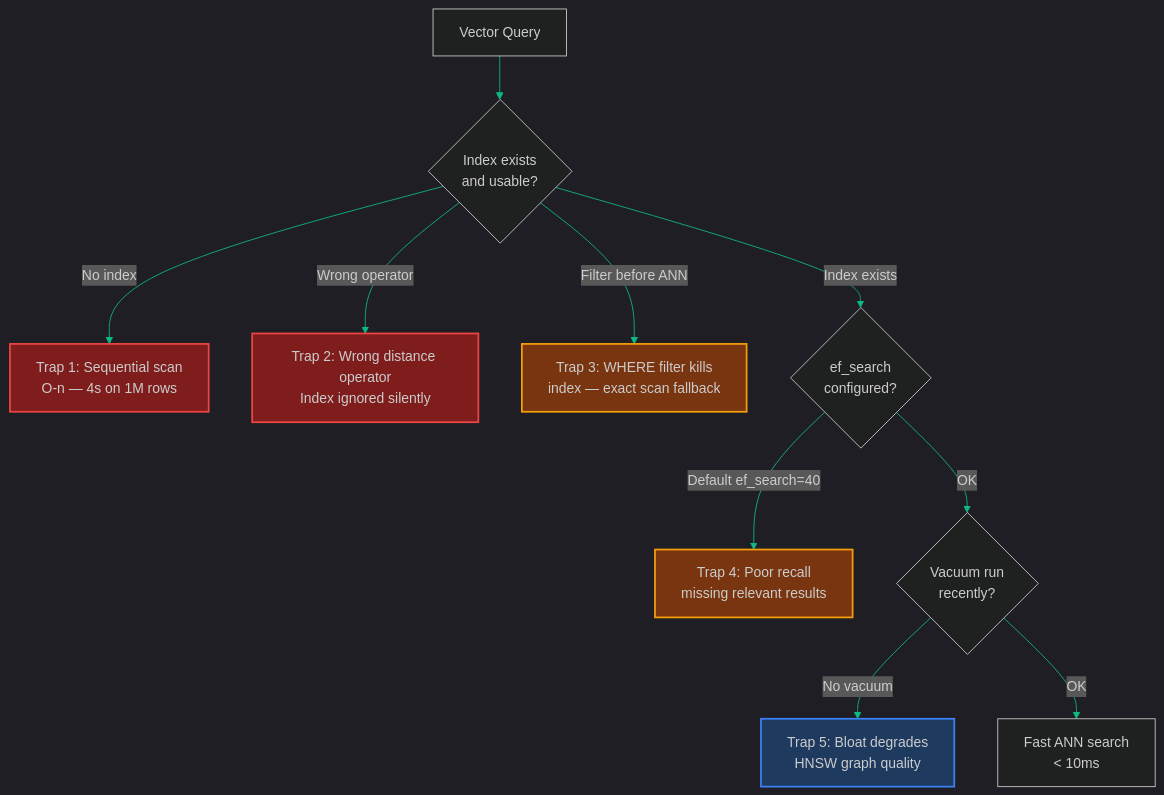
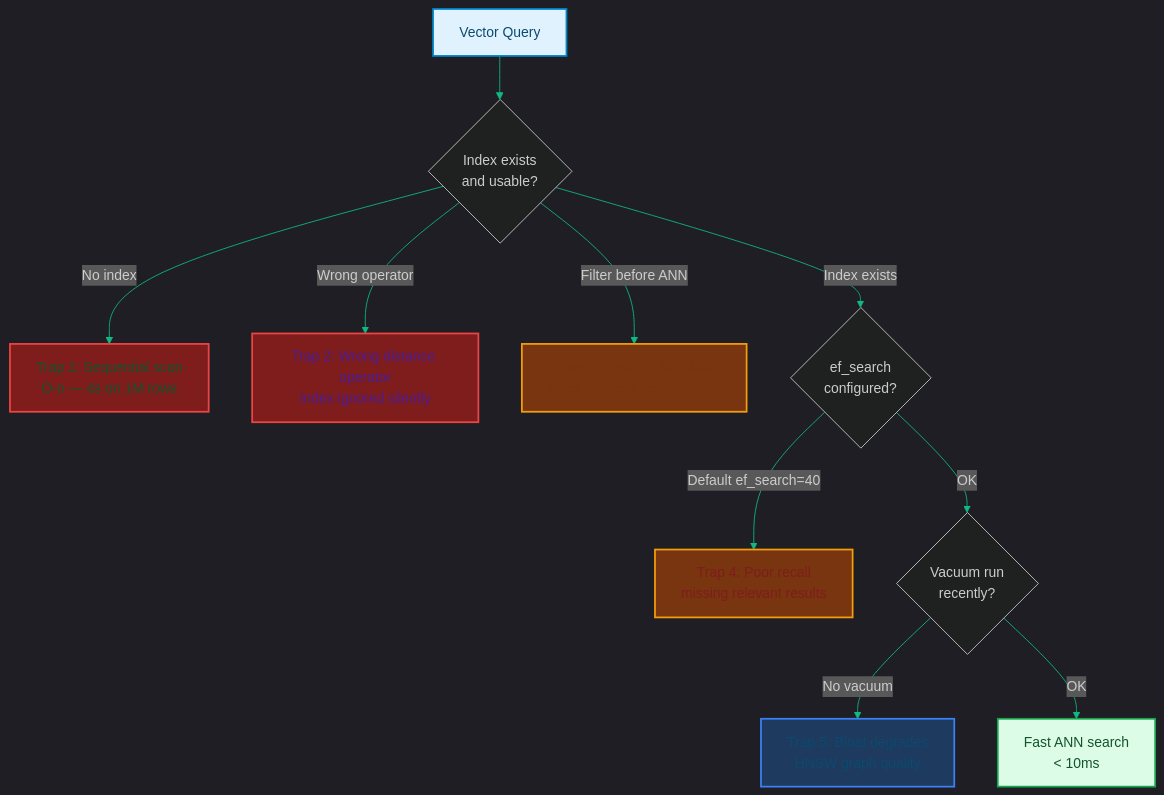
The diagram in blog/posts/pgvector-index-performance-traps.md (akmalkhaniub/akmalkhaniub.github.io), drawn with Mermaid before and after one commit. The commit also changed other lines of this file and 1291 other files, not shown here.

First line of the commit message:
feat(catalog): unique covers, scholarly references, and diagram palettes

````diff
--- a/blog/posts/pgvector-index-performance-traps.md
+++ b/blog/posts/pgvector-index-performance-traps.md
@@ -13,19 +13,30 @@
 ```mermaid
 %%{init: {'theme': 'dark', 'themeVariables': { 'primaryColor': '#10b981', 'primaryTextColor': '#f3f4f6', 'primaryBorderColor': '#34d399', 'lineColor': '#10b981', 'secondaryColor': '#111827', 'tertiaryColor': '#0f172a'}}}%%
 flowchart TD
-    Q[Vector Query] --> P{Index exists<br/>and usable?}
-    P -->|No index| S1[ Trap 1: Sequential scan<br/>O-n — 4s on 1M rows]
-    P -->|Wrong operator| S2[ Trap 2: Wrong distance operator<br/>Index ignored silently]
-    P -->|Filter before ANN| S3[ Trap 3: WHERE filter kills<br/>index — exact scan fallback]
+    Q["Vector Query"] --> P{Index exists<br/>and usable?}
+    P -->|No index| S1[" Trap 1: Sequential scan<br/>O-n — 4s on 1M rows"]
+    P -->|Wrong operator| S2[" Trap 2: Wrong distance operator<br/>Index ignored silently"]
+    P -->|Filter before ANN| S3[" Trap 3: WHERE filter kills<br/>index — exact scan fallback"]
     P -->|Index exists| C{ef_search<br/>configured?}
-    C -->|Default ef_search=40| S4[ Trap 4: Poor recall<br/>missing relevant results]
+    C -->|Default ef_search=40| S4[" Trap 4: Poor recall<br/>missing relevant results"]
     C -->|OK| D{Vacuum run<br/>recently?}
-    D -->|No vacuum| S5[ Trap 5: Bloat degrades<br/>HNSW graph quality]
-    D -->|OK| R[ Fast ANN search<br/>< 10ms]
+    D -->|No vacuum| S5[" Trap 5: Bloat degrades<br/>HNSW graph quality"]
+    D -->|OK| R[" Fast ANN search<br/>< 10ms"]
 
     style S1 fill:#7f1d1d,stroke:#ef4444,stroke-width:2px
     style S2 fill:#7f1d1d,stroke:#ef4444,stroke-width:2px
     style S3 fill:#78350f,stroke:#f59e0b,stroke-width:2px
     style S4 fill:#78350f,stroke:#f59e0b,stroke-width:2px
     style S5 fill:#1e3a5f,stroke:#3b82f6,stroke-width:2px
+
+classDef green fill:#dcfce7,stroke:#16a34a,stroke-width:2px,color:#14532d;
+classDef red fill:#fee2e2,stroke:#dc2626,stroke-width:2px,color:#7f1d1d;
+classDef blue fill:#e0f2fe,stroke:#0284c7,stroke-width:2px,color:#0c4a6e;
+classDef yellow fill:#fef3c7,stroke:#d97706,stroke-width:2px,color:#78350f;
+classDef purple fill:#ede9fe,stroke:#7c3aed,stroke-width:2px,color:#4c1d95;
+class Q,S5 blue
+class S1,R green
+class S2 purple
+class S3 yellow
+class S4 red
 ```
````
